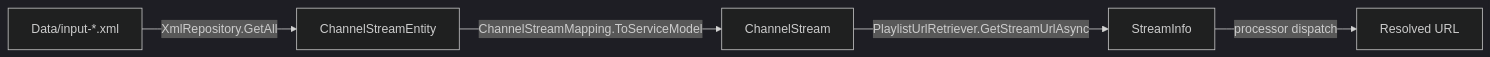
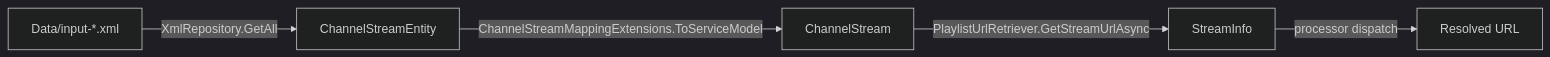
Before and after one commit to hmlendea/stream-to-m3u: the diagram in docs/data-model.md, drawn with Mermaid (dark theme). The commit also changed other lines of this file and 25 other files, not shown here.

````diff
--- a/docs/data-model.md
+++ b/docs/data-model.md
@@ -29,7 +29,7 @@
 ```mermaid
 flowchart LR
     XML["Data/input-*.xml"] -->|"XmlRepository.GetAll"| Entity["ChannelStreamEntity"]
-    Entity -->|"ChannelStreamMapping.ToServiceModel"| Channel["ChannelStream"]
+    Entity -->|"ChannelStreamMappingExtensions.ToServiceModel"| Channel["ChannelStream"]
     Channel -->|"PlaylistUrlRetriever.GetStreamUrlAsync"| Info["StreamInfo"]
     Info -->|"processor dispatch"| Url["Resolved URL"]
 ```
````
